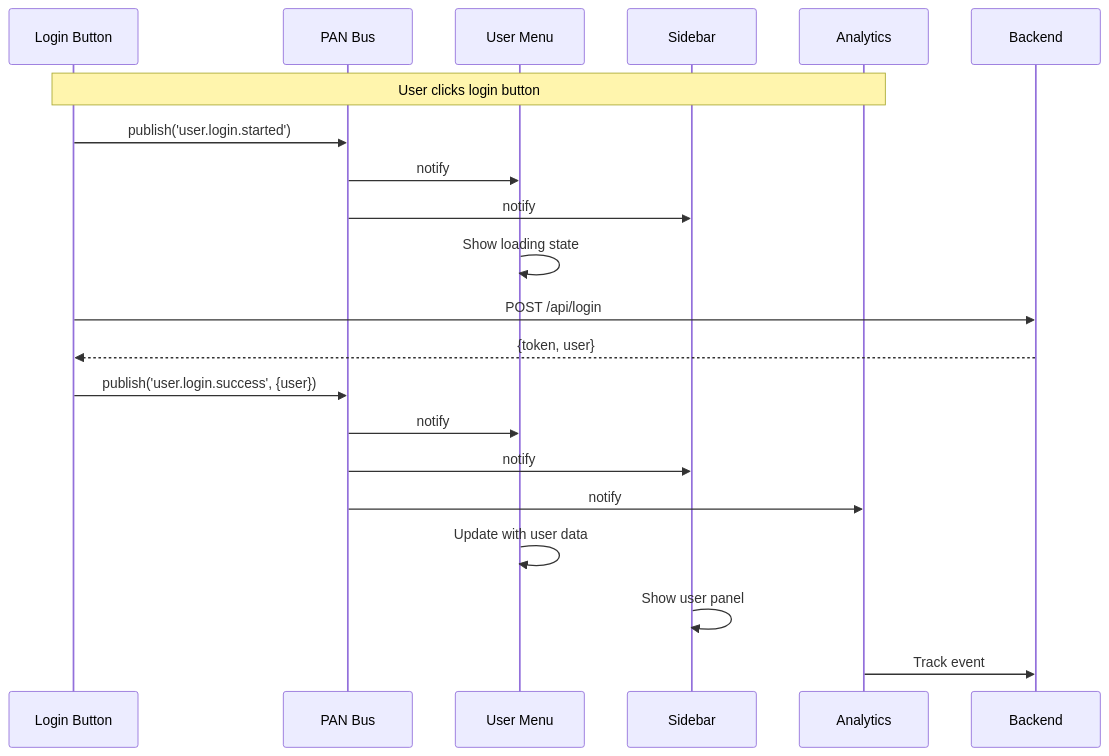
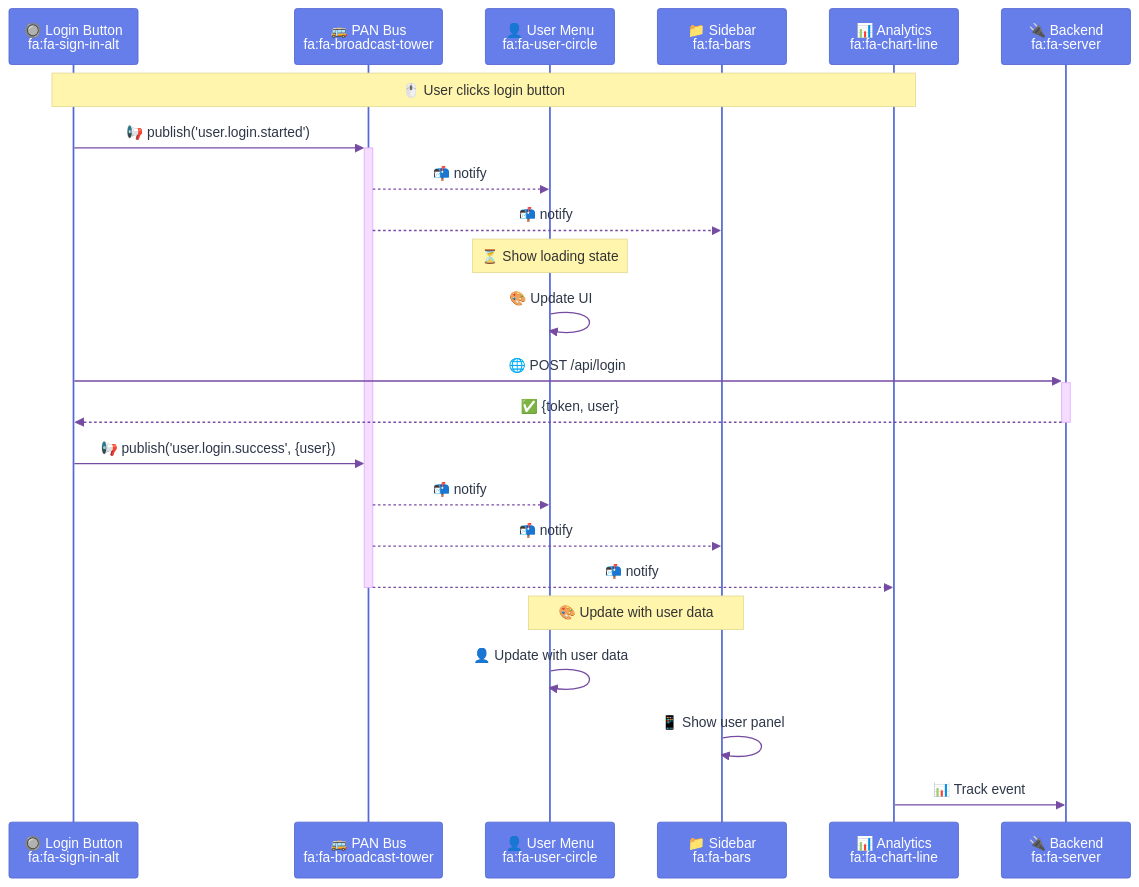
The second of 10 diagrams in docs/books/learning-larc/diagrams/05-pan-bus.md (larcjs/larc), drawn with Mermaid before and after one commit. The commit also changed other lines of this file and 12 other files, not shown here.

First line of the commit message:
docs: expand Learning LARC chapters 11-19 into individual files and enhance diagrams

````diff
--- a/docs/books/learning-larc/diagrams/05-pan-bus.md
+++ b/docs/books/learning-larc/diagrams/05-pan-bus.md
@@ -51,29 +57,32 @@
 ```mermaid
+%%{init: {'theme':'base', 'themeVariables': { 'actorBkg':'#667eea','actorBorder':'#5568d3','actorTextColor':'#fff','signalColor':'#764ba2','signalTextColor':'#2d3748'}}}%%
 sequenceDiagram
-    participant LoginBtn as Login Button
-    participant PAN as PAN Bus
-    participant UserMenu as User Menu
-    participant Sidebar as Sidebar
-    participant Analytics as Analytics
-    participant API as Backend
+    participant LoginBtn as 🔘 Login Button<br/>fa:fa-sign-in-alt
+    participant PAN as 🚌 PAN Bus<br/>fa:fa-broadcast-tower
+    participant UserMenu as 👤 User Menu<br/>fa:fa-user-circle
+    participant Sidebar as 📁 Sidebar<br/>fa:fa-bars
+    participant Analytics as 📊 Analytics<br/>fa:fa-chart-line
+    participant API as 🔌 Backend<br/>fa:fa-server
 
-    Note over LoginBtn,Analytics: User clicks login button
+    Note over LoginBtn,Analytics: 🖱️ User clicks login button
 
-    LoginBtn->>PAN: publish('user.login.started')
-    PAN->>UserMenu: notify
-    PAN->>Sidebar: notify
-    UserMenu->>UserMenu: Show loading state
+    LoginBtn->>+PAN: 📢 publish('user.login.started')
+    PAN-->>UserMenu: 📬 notify
+    PAN-->>Sidebar: 📬 notify
+    Note over UserMenu: ⏳ Show loading state
+    UserMenu->>UserMenu: 🎨 Update UI
 
-    LoginBtn->>API: POST /api/login
-    API-->>LoginBtn: {token, user}
+    LoginBtn->>+API: 🌐 POST /api/login
+    API-->>-LoginBtn: ✅ {token, user}
 
-    LoginBtn->>PAN: publish('user.login.success', {user})
+    LoginBtn->>PAN: 📢 publish('user.login.success', {user})
 
-    PAN->>UserMenu: notify
-    PAN->>Sidebar: notify
-    PAN->>Analytics: notify
+    PAN-->>UserMenu: 📬 notify
+    PAN-->>Sidebar: 📬 notify
+    PAN-->>-Analytics: 📬 notify
 
-    UserMenu->>UserMenu: Update with user data
-    Sidebar->>Sidebar: Show user panel
-    Analytics->>API: Track event
+    Note over UserMenu,Sidebar: 🎨 Update with user data
+    UserMenu->>UserMenu: 👤 Update with user data
+    Sidebar->>Sidebar: 📱 Show user panel
+    Analytics->>API: 📊 Track event
 ```
````
